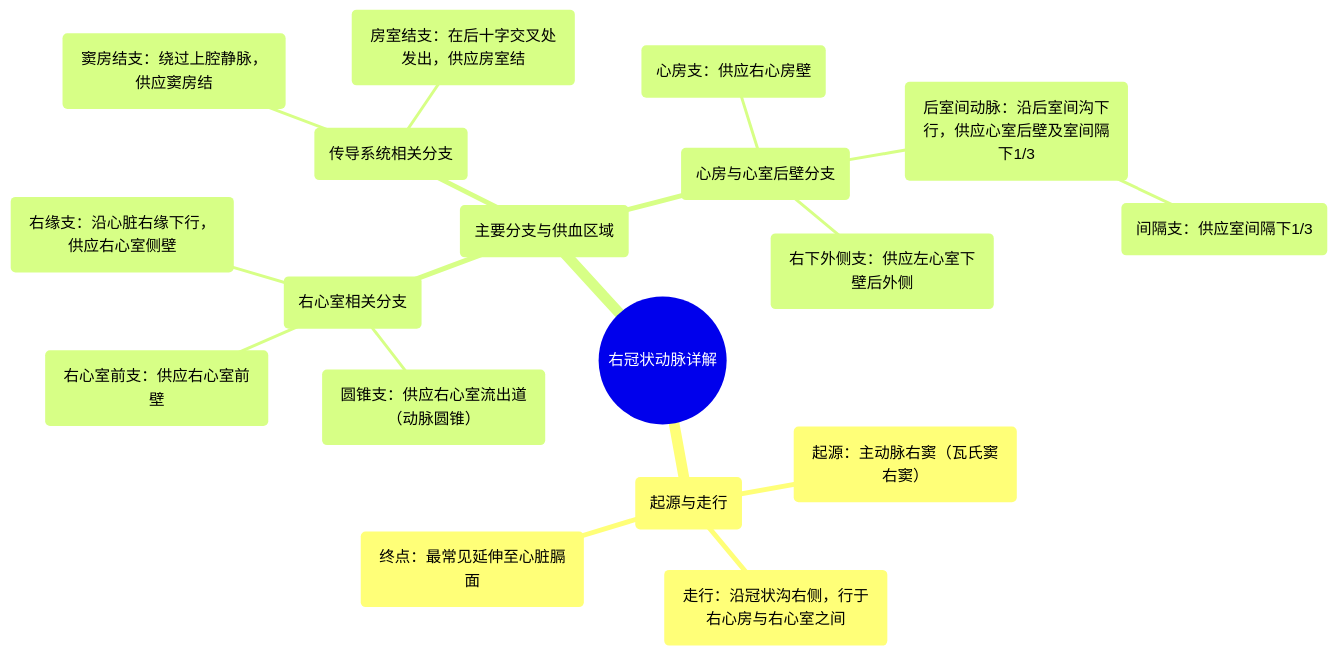
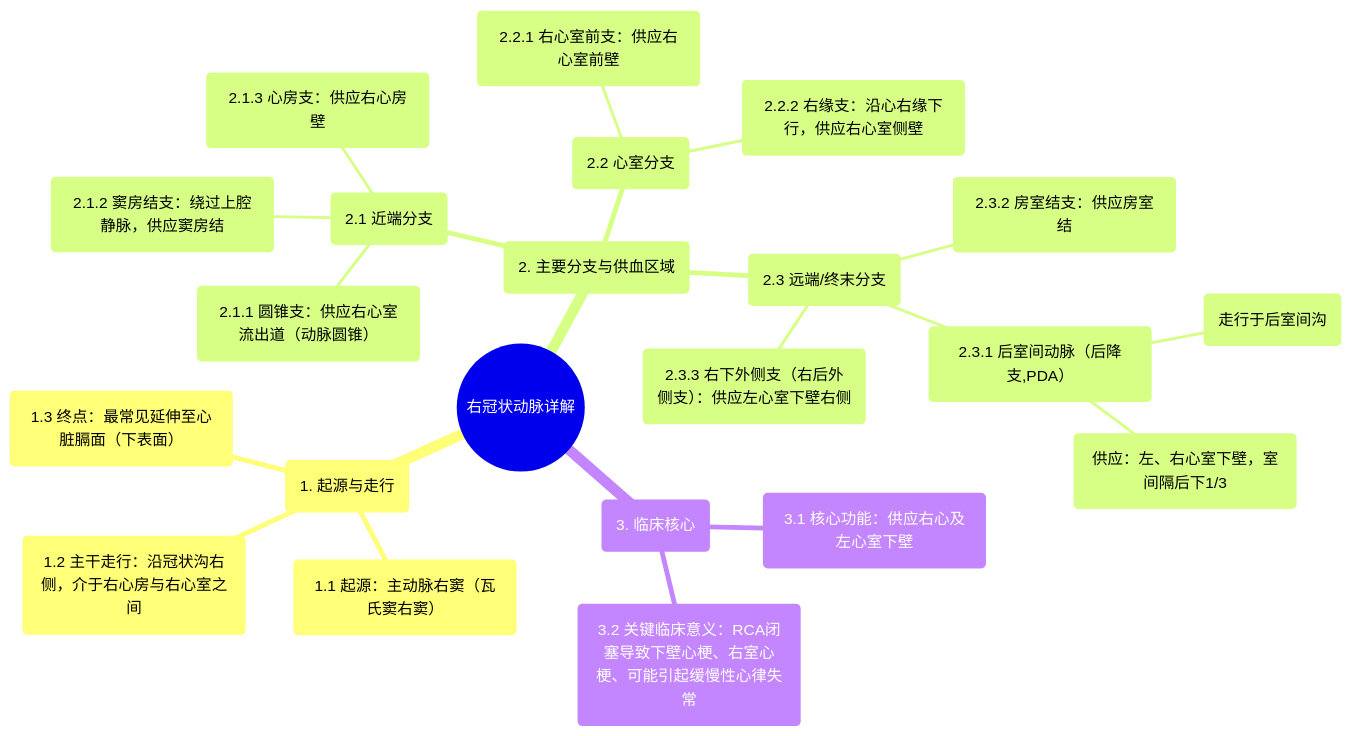
The diagram in docs/专辑 01：心脏解剖学实景课 (Heart Anatomy - Course)/16 360 video - Right Coronary Artery - Explained in Mixed Reality.md (hello-47777/xinxueguan), drawn with Mermaid before and after one commit. The commit also changed other lines of this file and 414 other files, not shown here.

````diff
--- a/docs/专辑 01：心脏解剖学实景课 (Heart Anatomy - Course)/16 360 video - Right Coronary Artery - Explained in Mixed Reality.md
+++ b/docs/专辑 01：心脏解剖学实景课 (Heart Anatomy - Course)/16 360 video - Right Coronary Artery - Explained in Mixed Reality.md
@@ -51,21 +50,25 @@
 ```mermaid
 mindmap
   root(("右冠状动脉详解"))
-    ("起源与走行")
-      ("起源：主动脉右窦（瓦氏窦右窦）")
-      ("走行：沿冠状沟右侧，行于右心房与右心室之间")
-      ("终点：最常见延伸至心脏膈面")
-    ("主要分支与供血区域")
-      ("右心室相关分支")
-        ("圆锥支：供应右心室流出道（动脉圆锥）")
-        ("右心室前支：供应右心室前壁")
-        ("右缘支：沿心脏右缘下行，供应右心室侧壁")
-      ("传导系统相关分支")
-        ("窦房结支：绕过上腔静脉，供应窦房结")
-        ("房室结支：在后十字交叉处发出，供应房室结")
-      ("心房与心室后壁分支")
-        ("心房支：供应右心房壁")
-        ("后室间动脉：沿后室间沟下行，供应心室后壁及室间隔下1/3")
-          ("间隔支：供应室间隔下1/3")
-        ("右下外侧支：供应左心室下壁后外侧")
+    ("1. 起源与走行")
+      ("1.1 起源：主动脉右窦（瓦氏窦右窦）")
+      ("1.2 主干走行：沿冠状沟右侧，介于右心房与右心室之间")
+      ("1.3 终点：最常见延伸至心脏膈面（下表面）")
+    ("2. 主要分支与供血区域")
+      ("2.1 近端分支")
+        ("2.1.1 圆锥支：供应右心室流出道（动脉圆锥）")
+        ("2.1.2 窦房结支：绕过上腔静脉，供应窦房结")
+        ("2.1.3 心房支：供应右心房壁")
+      ("2.2 心室分支")
+        ("2.2.1 右心室前支：供应右心室前壁")
+        ("2.2.2 右缘支：沿心右缘下行，供应右心室侧壁")
+      ("2.3 远端/终末分支")
+        ("2.3.1 后室间动脉（后降支,PDA）")
+          ("走行于后室间沟")
+          ("供应：左、右心室下壁，室间隔后下1/3")
+        ("2.3.2 房室结支：供应房室结")
+        ("2.3.3 右下外侧支（右后外侧支）：供应左心室下壁右侧")
+    ("3. 临床核心")
+      ("3.1 核心功能：供应右心及左心室下壁")
+      ("3.2 关键临床意义：RCA闭塞导致下壁心梗、右室心梗、可能引起缓慢性心律失常")
 ```
````
